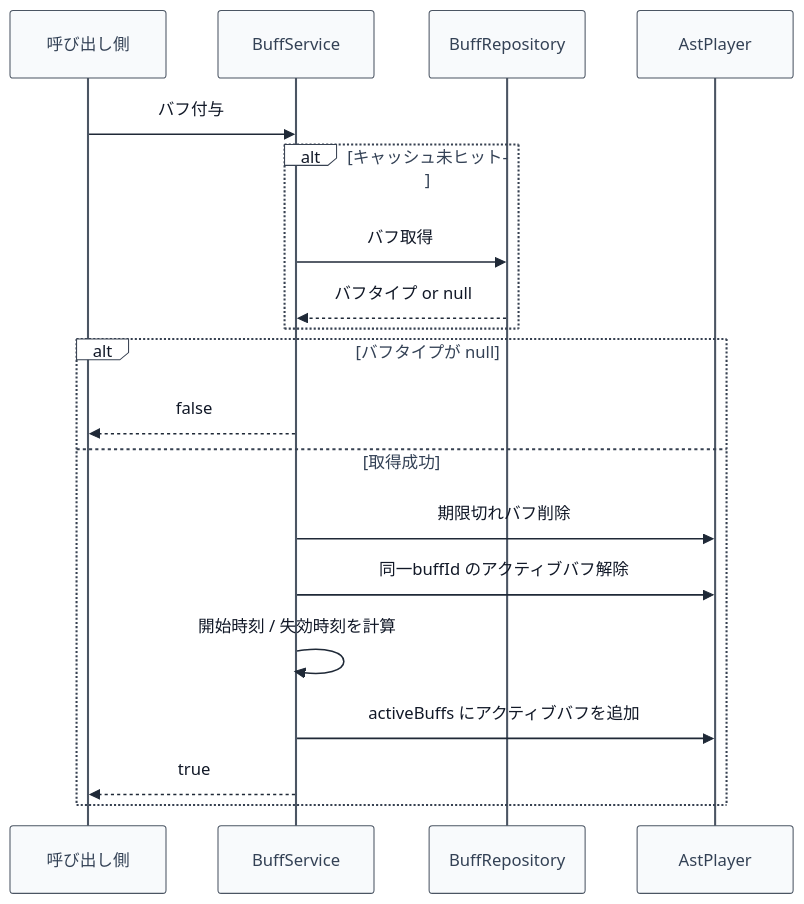
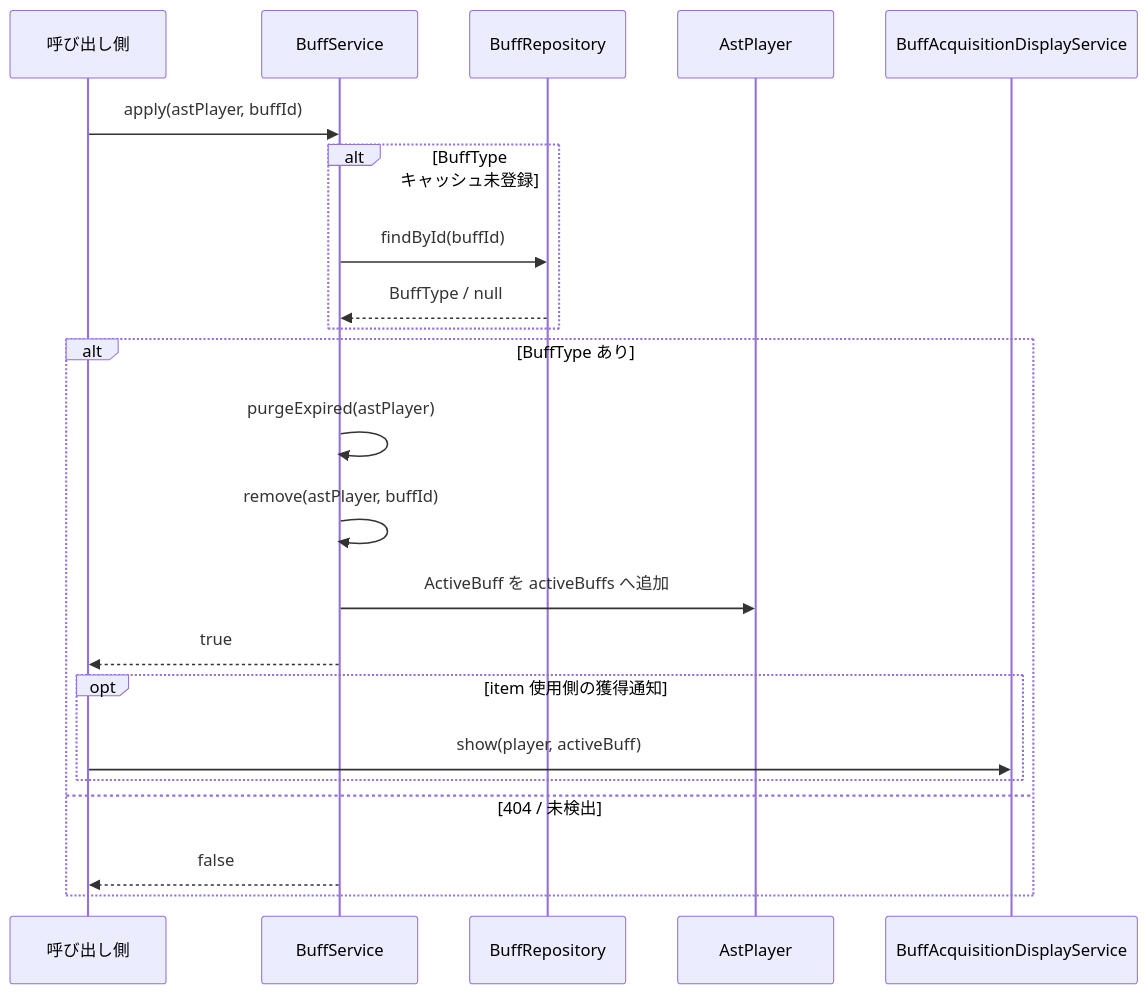
One commit to maaasu/AstralRecord-Workspace changed the first of 3 diagrams in 00_docs/10_Plugin設計書/feature/05-buff/4-統合フロー/05_4.00-統合フロー.md. Above: the diagram before and after it, drawn with Mermaid. The commit also changed other lines of this file and 288 other files, not shown here.

````diff
--- a/00_docs/10_Plugin設計書/feature/05-buff/4-統合フロー/05_4.00-統合フロー.md
+++ b/00_docs/10_Plugin設計書/feature/05-buff/4-統合フロー/05_4.00-統合フロー.md
@@ -5,36 +7,25 @@
 ```mermaid
-%%{init: {
-  "theme": "base",
-  "themeVariables": {
-    "lineColor": "#1f2937",
-    "signalColor": "#1f2937",
-    "signalTextColor": "#111827",
-    "actorBkg": "#f8fafc",
-    "actorBorder": "#4b5563",
-    "actorTextColor": "#334155",
-    "labelBoxBkgColor": "#ffffff",
-    "labelBoxBorderColor": "#374151",
-    "labelTextColor": "#111827"
-  }
-}}%%
 sequenceDiagram
     participant C as 呼び出し側
     participant S as BuffService
     participant R as BuffRepository
     participant AP as AstPlayer
+    participant D as BuffAcquisitionDisplayService
 
-    C->>S: バフ付与
-    alt キャッシュ未ヒット
-        S->>R: バフ取得
-        R-->>S: バフタイプ or null
+    C->>S: apply(astPlayer, buffId)
+    alt BuffType キャッシュ未登録
+        S->>R: findById(buffId)
+        R-->>S: BuffType / null
     end
-    alt バフタイプが null
+    alt BuffType あり
+        S->>S: purgeExpired(astPlayer)
+        S->>S: remove(astPlayer, buffId)
+        S->>AP: ActiveBuff を activeBuffs へ追加
+        S-->>C: true
+        opt item 使用側の獲得通知
+            C->>D: show(player, activeBuff)
+        end
+    else 404 / 未検出
         S-->>C: false
-    else 取得成功
-        S->>AP: 期限切れバフ削除
-        S->>AP: 同一buffId のアクティブバフ解除
-        S->>S: 開始時刻 / 失効時刻を計算
-        S->>AP: activeBuffs にアクティブバフを追加
-        S-->>C: true
     end
 ```
````
